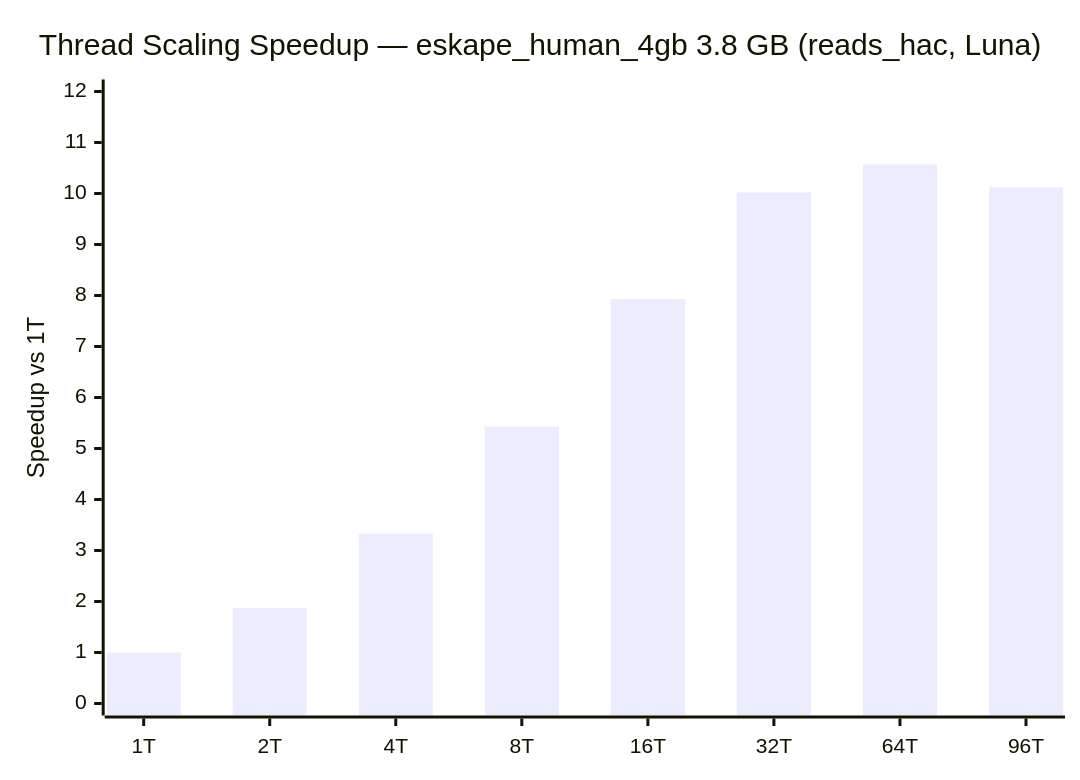
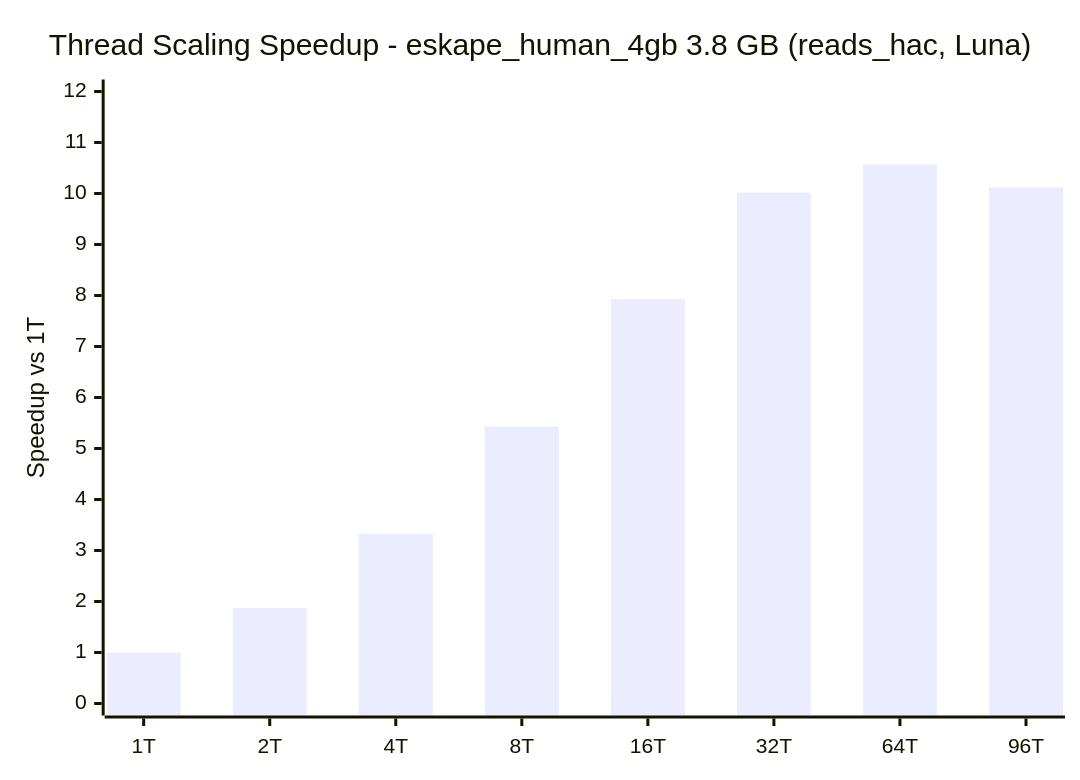
Diagram 17 of 26 in README.md (KathpaliaChirag/Nanopore-project), drawn with Mermaid before and after one commit. The commit also changed other lines of this file and 4 other files, not shown here.

````diff
--- a/README.md
+++ b/README.md
@@ -666,7 +701,7 @@
 ```mermaid
 xychart-beta
-    title "Thread Scaling Speedup — eskape_human_4gb 3.8 GB (reads_hac, Luna)"
+    title "Thread Scaling Speedup - eskape_human_4gb 3.8 GB (reads_hac, Luna)"
     x-axis ["1T", "2T", "4T", "8T", "16T", "32T", "64T", "96T"]
     y-axis "Speedup vs 1T" 0 --> 12
     bar [1.0, 1.87, 3.33, 5.43, 7.93, 10.02, 10.57, 10.12]
 ```
````
